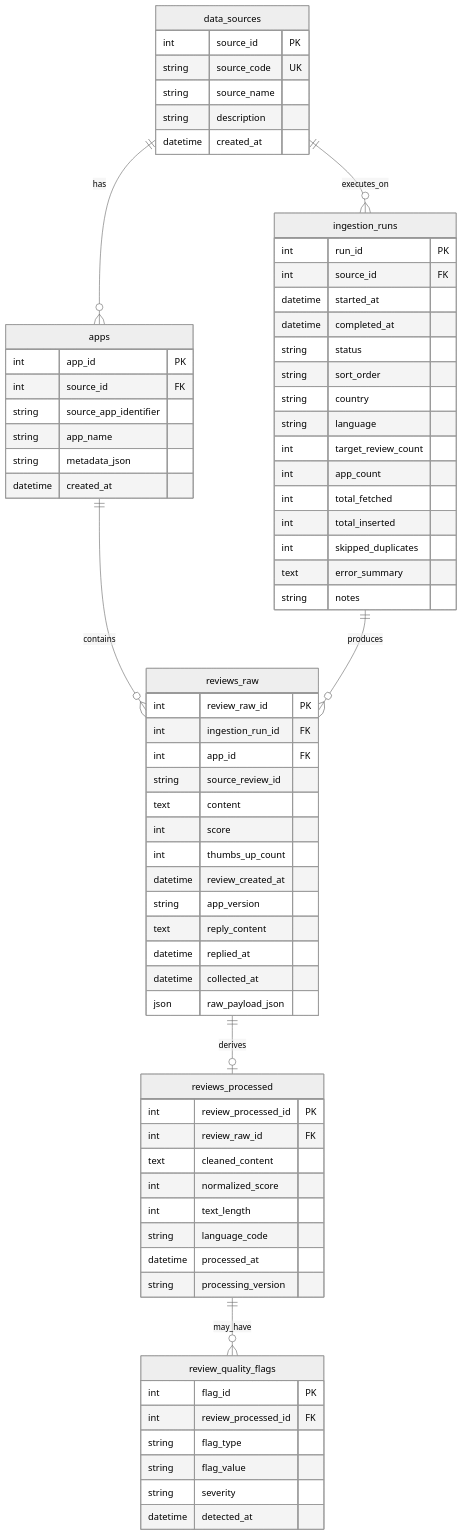
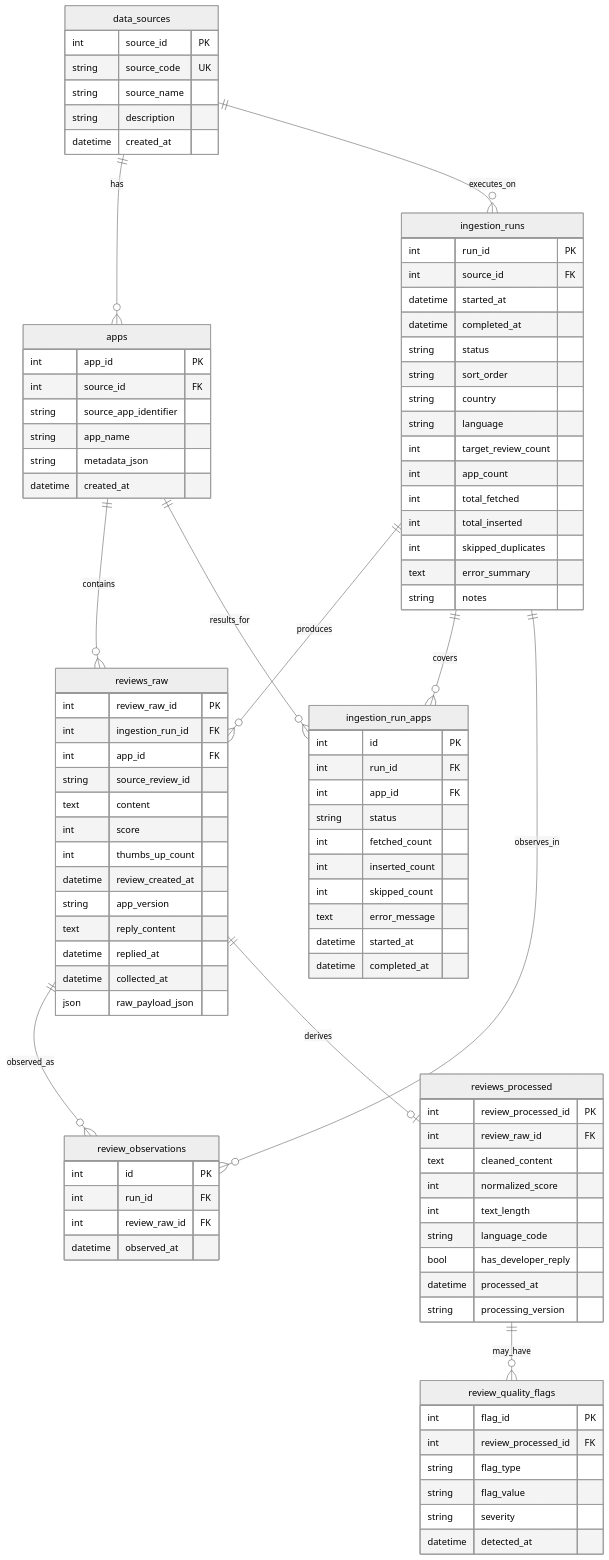
One commit to Er1c-Shi/google-play-review-prototype changed the diagram in database_erd.md. Above: the diagram before and after it, drawn with Mermaid (neutral theme). The commit also changed other lines of this file and 29 other files, not shown here.

Commit message:
Add live ingestion, review observations, and pipeline validation

```diff
--- a/database_erd.md
+++ b/database_erd.md
@@ -3,7 +3,11 @@
     data_sources ||--o{ apps : "has"
     data_sources ||--o{ ingestion_runs : "executes_on"
     apps ||--o{ reviews_raw : "contains"
+    apps ||--o{ ingestion_run_apps : "results_for"
     ingestion_runs ||--o{ reviews_raw : "produces"
+    ingestion_runs ||--o{ ingestion_run_apps : "covers"
+    ingestion_runs ||--o{ review_observations : "observes_in"
+    reviews_raw ||--o{ review_observations : "observed_as"
     reviews_raw ||--o| reviews_processed : "derives"
     reviews_processed ||--o{ review_quality_flags : "may_have"
 
@@ -42,6 +46,19 @@
         string notes
     }
 
+    ingestion_run_apps {
+        int id PK
+        int run_id FK
+        int app_id FK
+        string status
+        int fetched_count
+        int inserted_count
+        int skipped_count
+        text error_message
+        datetime started_at
+        datetime completed_at
+    }
+
     reviews_raw {
         int review_raw_id PK
         int ingestion_run_id FK
@@ -58,6 +75,13 @@
         json raw_payload_json
     }
 
+    review_observations {
+        int id PK
+        int run_id FK
+        int review_raw_id FK
+        datetime observed_at
+    }
+
     reviews_processed {
         int review_processed_id PK
         int review_raw_id FK
@@ -65,6 +89,7 @@
         int normalized_score
         int text_length
         string language_code
+        bool has_developer_reply
         datetime processed_at
         string processing_version
     }
```
